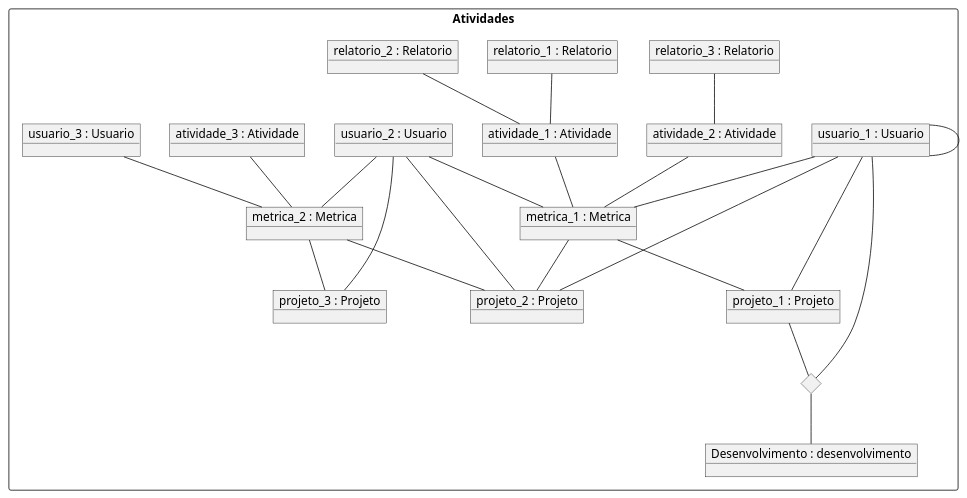
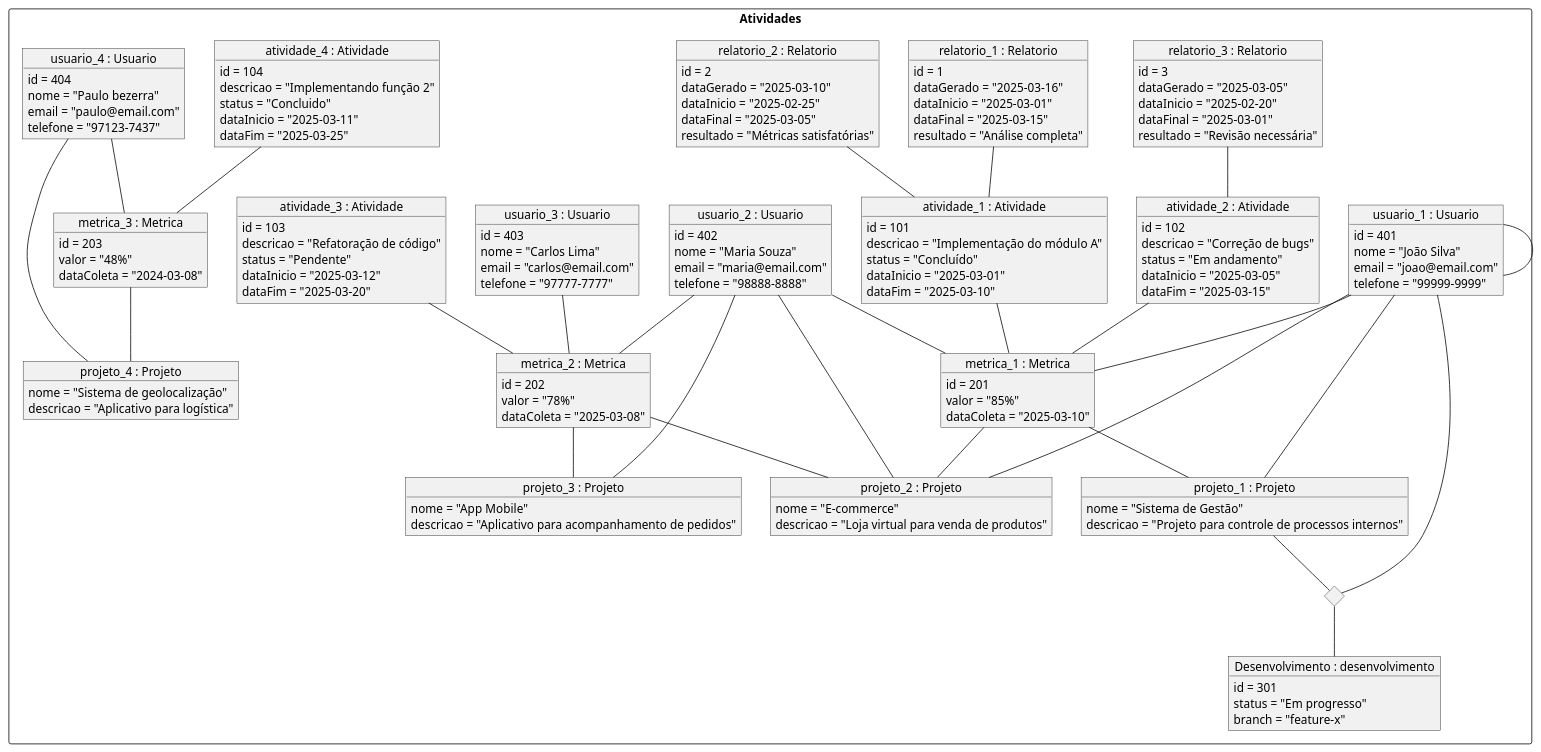
Before and after one commit to yurilsn/DiagramasUml: the diagram in objetos_proj_fina.wsd, drawn with PlantUML.

Commit message:
adcionando relacionamento de 1 para 1

```diff
--- a/objetos_proj_fina.wsd
+++ b/objetos_proj_fina.wsd
@@ -1,70 +1,173 @@
 @startuml
-
 
 rectangle "Atividades" {
 
-    object "relatorio_1 : Relatorio" as relatorio1
-    object "relatorio_2 : Relatorio" as relatorio2
-    object "relatorio_3 : Relatorio" as relatorio3
-    object "atividade_1 : Atividade" as atividade_1
-    object "atividade_2 : Atividade" as atividade_2
-    object "atividade_3 : Atividade" as atividade_3
-    object "metrica_1 : Metrica" as metrica_1
-    object "metrica_2 : Metrica" as metrica_2
-    object "projeto_1 : Projeto" as projeto_1
-    object "projeto_2 : Projeto" as projeto_2
-    object "projeto_3 : Projeto" as projeto_3
-    object "Desenvolvimento : desenvolvimento" as desenvolvimento
-    object "usuario_1 : Usuario" as usuario_1
-    object "usuario_2 : Usuario" as usuario_2
-    object "usuario_3 : Usuario" as usuario_3
+    object "relatorio_1 : Relatorio" as relatorio1 {
+        id = 1
+        dataGerado = "2025-03-16"
+        dataInicio = "2025-03-01"
+        dataFinal = "2025-03-15"
+        resultado = "Análise completa"
+    }
+    
+    object "relatorio_2 : Relatorio" as relatorio2 {
+        id = 2
+        dataGerado = "2025-03-10"
+        dataInicio = "2025-02-25"
+        dataFinal = "2025-03-05"
+        resultado = "Métricas satisfatórias"
+    }
+    
+    object "relatorio_3 : Relatorio" as relatorio3 {
+        id = 3
+        dataGerado = "2025-03-05"
+        dataInicio = "2025-02-20"
+        dataFinal = "2025-03-01"
+        resultado = "Revisão necessária"
+    }
+
+    object "atividade_1 : Atividade" as atividade_1 {
+        id = 101
+        descricao = "Implementação do módulo A"
+        status = "Concluído"
+        dataInicio = "2025-03-01"
+        dataFim = "2025-03-10"
+    }
+    
+    object "atividade_2 : Atividade" as atividade_2 {
+        id = 102
+        descricao = "Correção de bugs"
+        status = "Em andamento"
+        dataInicio = "2025-03-05"
+        dataFim = "2025-03-15"
+    }
+    
+    object "atividade_3 : Atividade" as atividade_3 {
+        id = 103
+        descricao = "Refatoração de código"
+        status = "Pendente"
+        dataInicio = "2025-03-12"
+        dataFim = "2025-03-20"
+    }
+
+    object "atividade_4 : Atividade" as atividade_4 {
+        id = 104
+        descricao = "Implementando função 2"
+        status = "Concluido"
+        dataInicio = "2025-03-11"
+        dataFim = "2025-03-25"
+    }
+
+    object "metrica_1 : Metrica" as metrica_1 {
+        id = 201
+        valor = "85%"
+        dataColeta = "2025-03-10"
+    }
+
+    object "metrica_2 : Metrica" as metrica_2 {
+        id = 202
+        valor = "78%"
+        dataColeta = "2025-03-08"
+    }
+
+    object "metrica_3 : Metrica" as metrica_3 {
+        id = 203
+        valor = "48%"
+        dataColeta = "2024-03-08"
+    }
+
+    object "projeto_1 : Projeto" as projeto_1 {
+        nome = "Sistema de Gestão"
+        descricao = "Projeto para controle de processos internos"
+    }
+    
+    object "projeto_2 : Projeto" as projeto_2 {
+        nome = "E-commerce"
+        descricao = "Loja virtual para venda de produtos"
+    }
+    
+    object "projeto_3 : Projeto" as projeto_3 {
+        nome = "App Mobile"
+        descricao = "Aplicativo para acompanhamento de pedidos"
+    }
+    object "projeto_4 : Projeto" as projeto_4 {
+        nome = "Sistema de geolocalização"
+        descricao = "Aplicativo para logística"
+    }
+
+    object "Desenvolvimento : desenvolvimento" as desenvolvimento {
+        id = 301
+        status = "Em progresso"
+        branch = "feature-x"
+    }
+
+    object "usuario_1 : Usuario" as usuario_1 {
+        id = 401
+        nome = "João Silva"
+        email = "joao@email.com"
+        telefone = "99999-9999"
+    }
+    
+    object "usuario_2 : Usuario" as usuario_2 {
+        id = 402
+        nome = "Maria Souza"
+        email = "maria@email.com"
+        telefone = "98888-8888"
+    }
+    
+    object "usuario_3 : Usuario" as usuario_3 {
+        id = 403
+        nome = "Carlos Lima"
+        email = "carlos@email.com"
+        telefone = "97777-7777"
+    }
+
+    object "usuario_4 : Usuario" as usuario_4 {
+        id = 404
+        nome = "Paulo bezerra"
+        email = "paulo@email.com"
+        telefone = "97123-7437"
+    }
 
     diamond dev
-
-
-
 
     relatorio1 -- atividade_1
     relatorio2 -- atividade_1
     relatorio3 -- atividade_2
 
     atividade_1 -- metrica_1
     atividade_2 -- metrica_1
     atividade_3 -- metrica_2
+    atividade_4 -- metrica_3
+    
+    
 
     metrica_1 -- projeto_1
     metrica_1 -- projeto_2
     metrica_2 -- projeto_2
     metrica_2 -- projeto_3
+    metrica_3 -- projeto_4
 
     usuario_1 -- metrica_1
     usuario_2 -- metrica_2
     usuario_2 -- metrica_1
     usuario_3 -- metrica_2
-
+    usuario_4 -- metrica_3
 
 
     usuario_1 -- projeto_1
     usuario_1 -- projeto_2
     usuario_2 -- projeto_2
     usuario_2 -- projeto_3
+    usuario_4 -- projeto_4
 
 
     usuario_1 -- usuario_1
 
     projeto_1 -- dev
     usuario_1 -- dev
     dev -- desenvolvimento
 
+}
 
-    
-
-
-
-
-
-    
-
-      
-}
 @enduml
```
